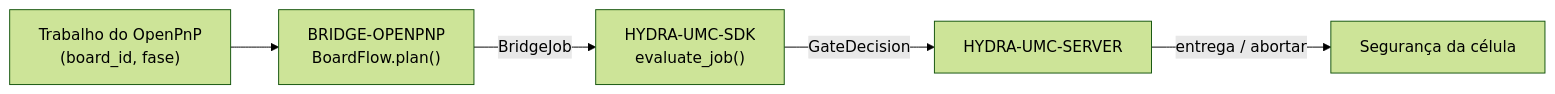
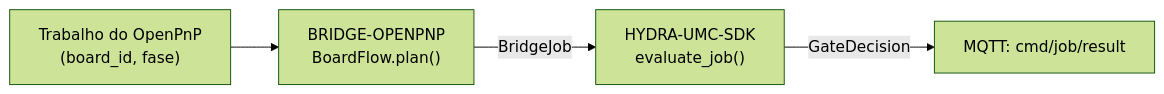
One commit to JuanenRac/HYDRA-UMC-BRIDGE-OPENPNP changed the diagram in README_por.md. Above: the diagram before and after it, drawn with Mermaid (forest theme). The commit also changed other lines of this file and 22 other files, not shown here.

````diff
--- a/README_por.md
+++ b/README_por.md
@@ -50,7 +51,6 @@
 ```mermaid
 flowchart LR
     JOB["Trabalho do OpenPnP<br/>(board_id, fase)"] --> BRIDGE["BRIDGE-OPENPNP<br/>BoardFlow.plan()"]
     BRIDGE -- "BridgeJob" --> SDK["HYDRA-UMC-SDK<br/>evaluate_job()"]
-    SDK -- GateDecision --> SERVER["HYDRA-UMC-SERVER"]
-    SERVER -- "entrega / abortar" --> CELL["Segurança da célula"]
+    SDK -- GateDecision --> RESULT["MQTT: cmd/job/result"]
 ```
````
